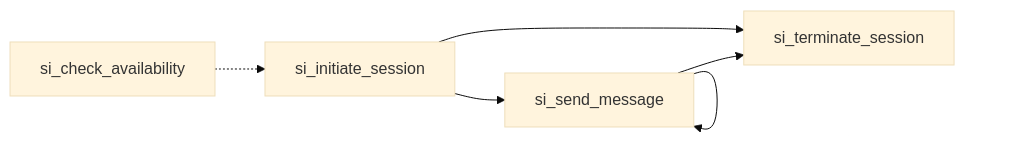
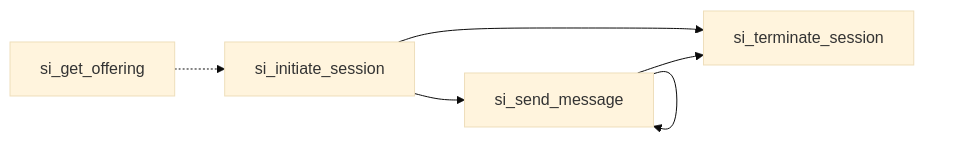
One commit to adcontextprotocol/adcp changed the diagram in docs/sponsored-intelligence/tasks/index.mdx. Above: the diagram before and after it, drawn with Mermaid (base theme). The commit also changed other lines of this file and 26 other files, not shown here.

First line of the commit message:
feat: SI protocol improvements - offering model, session continuity, scope clarification

````diff
--- a/docs/sponsored-intelligence/tasks/index.mdx
+++ b/docs/sponsored-intelligence/tasks/index.mdx
@@ -10,8 +10,8 @@
 ```mermaid
 flowchart LR
-    P[si_check_availability] -.-> A[si_initiate_session]
+    P[si_get_offering] -.-> A[si_initiate_session]
     A --> B[si_send_message]
     B --> B
     B --> C[si_terminate_session]
     A --> C
 ```
````
